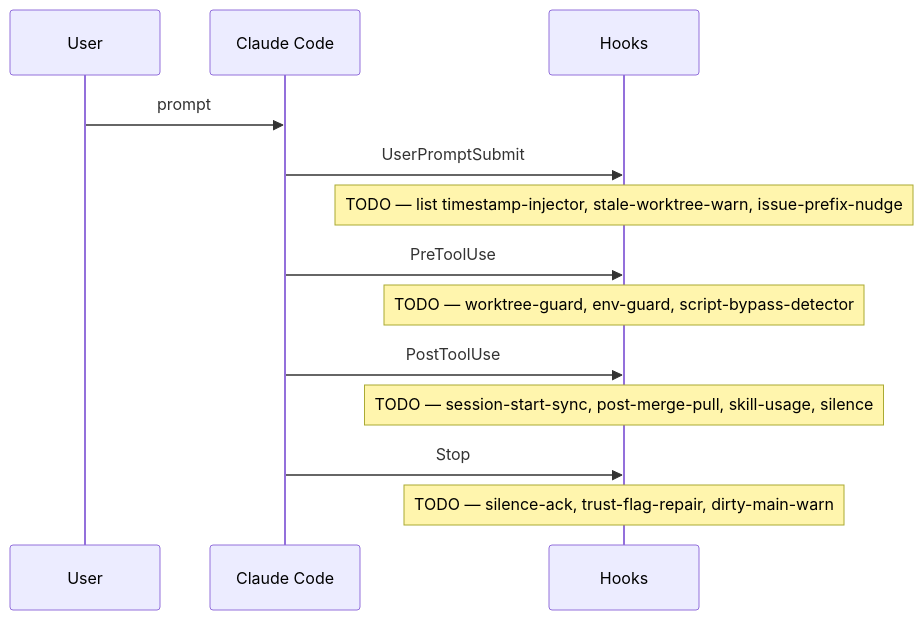
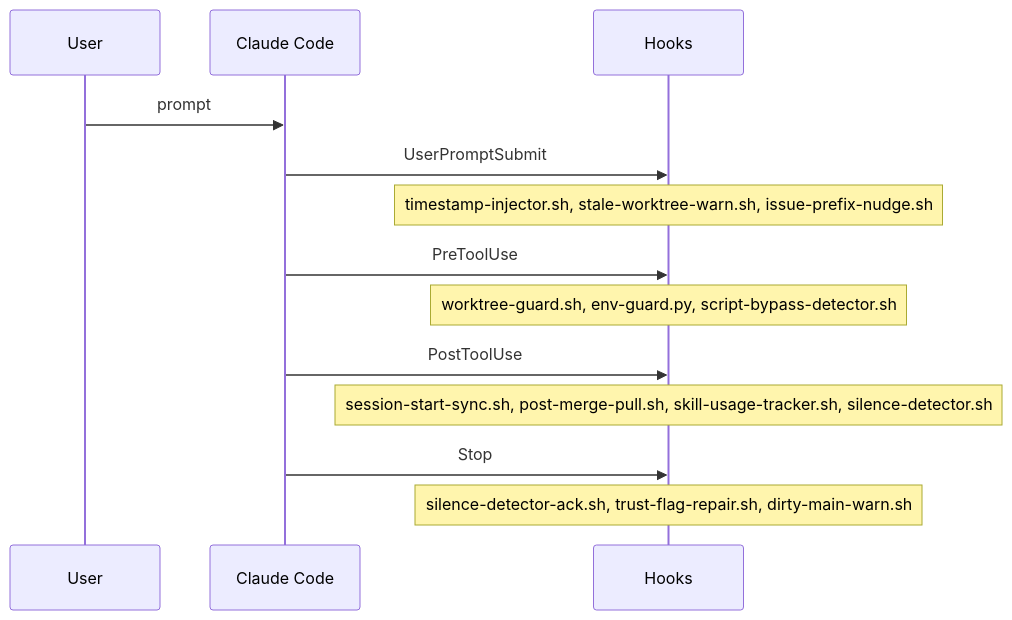
The diagram in .claude/reference/diagrams/hook-lifecycle.md (auerbachb/claude-code-config), drawn with Mermaid before and after one commit. The commit also changed 3 other files, not shown here.

````diff
--- a/.claude/reference/diagrams/hook-lifecycle.md
+++ b/.claude/reference/diagrams/hook-lifecycle.md
@@ -5,15 +5,15 @@
 ```mermaid
 sequenceDiagram
   participant U as User
   participant CC as Claude Code
   participant H as Hooks
   U->>CC: prompt
   CC->>H: UserPromptSubmit
-  Note over H: TODO — list timestamp-injector, stale-worktree-warn, issue-prefix-nudge
+  Note over H: timestamp-injector.sh, stale-worktree-warn.sh, issue-prefix-nudge.sh
   CC->>H: PreToolUse
-  Note over H: TODO — worktree-guard, env-guard, script-bypass-detector
+  Note over H: worktree-guard.sh, env-guard.py, script-bypass-detector.sh
   CC->>H: PostToolUse
-  Note over H: TODO — session-start-sync, post-merge-pull, skill-usage, silence
+  Note over H: session-start-sync.sh, post-merge-pull.sh, skill-usage-tracker.sh, silence-detector.sh
   CC->>H: Stop
-  Note over H: TODO — silence-ack, trust-flag-repair, dirty-main-warn
+  Note over H: silence-detector-ack.sh, trust-flag-repair.sh, dirty-main-warn.sh
 ```
````
